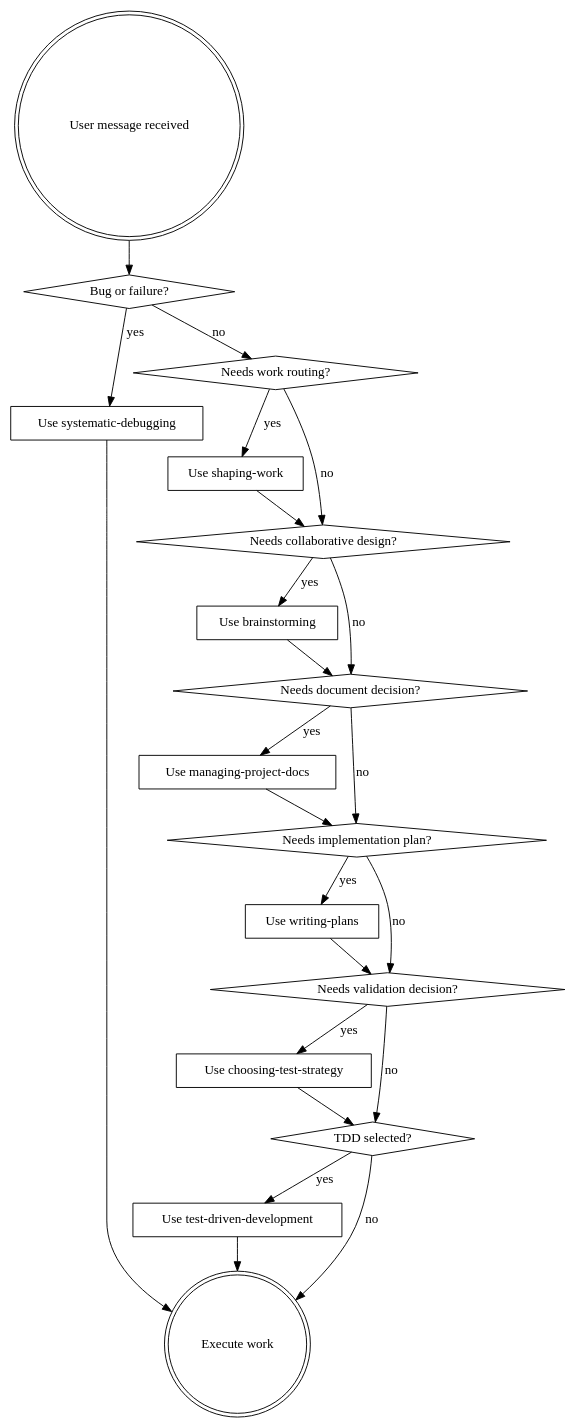
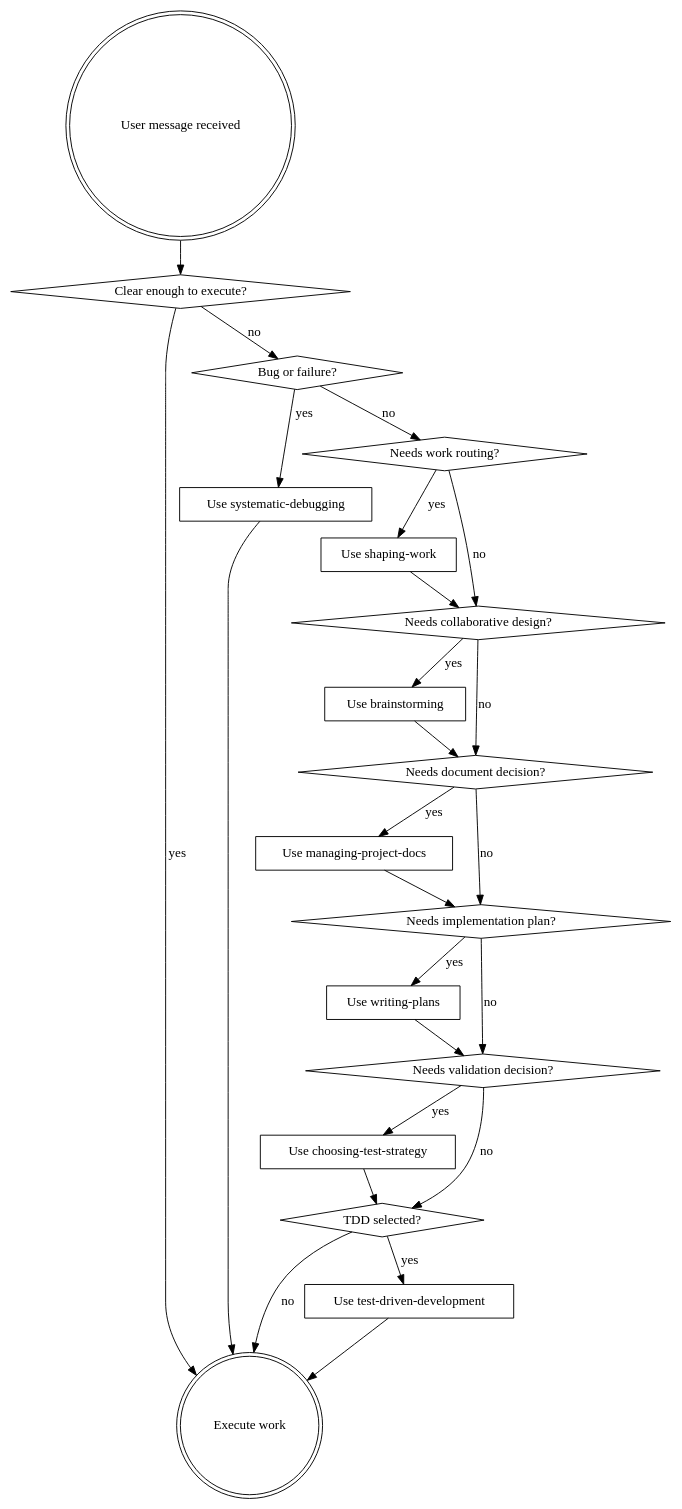
One commit to LanceAdd/RedTeaPowers changed the diagram in using-redteapowers/SKILL.md. Above: the diagram before and after it, drawn with Graphviz. The commit also changed other lines of this file and 3 other files, not shown here.

````diff
--- a/using-redteapowers/SKILL.md
+++ b/using-redteapowers/SKILL.md
@@ -36,43 +39,46 @@
 ```dot
 digraph skill_flow {
     "User message received" [shape=doublecircle];
+    "Clear enough to execute?" [shape=diamond];
+    "Execute work" [shape=doublecircle];
     "Bug or failure?" [shape=diamond];
     "Use systematic-debugging" [shape=box];
     "Needs work routing?" [shape=diamond];
     "Use shaping-work" [shape=box];
     "Needs collaborative design?" [shape=diamond];
     "Use brainstorming" [shape=box];
     "Needs document decision?" [shape=diamond];
     "Use managing-project-docs" [shape=box];
     "Needs implementation plan?" [shape=diamond];
     "Use writing-plans" [shape=box];
     "Needs validation decision?" [shape=diamond];
     "Use choosing-test-strategy" [shape=box];
     "TDD selected?" [shape=diamond];
     "Use test-driven-development" [shape=box];
-    "Execute work" [shape=doublecircle];
 
-    "User message received" -> "Bug or failure?";
+    "User message received" -> "Clear enough to execute?";
+    "Clear enough to execute?" -> "Execute work" [label="yes"];
+    "Clear enough to execute?" -> "Bug or failure?" [label="no"];
     "Bug or failure?" -> "Use systematic-debugging" [label="yes"];
     "Bug or failure?" -> "Needs work routing?" [label="no"];
     "Use systematic-debugging" -> "Execute work";
     "Needs work routing?" -> "Use shaping-work" [label="yes"];
     "Needs work routing?" -> "Needs collaborative design?" [label="no"];
     "Use shaping-work" -> "Needs collaborative design?";
     "Needs collaborative design?" -> "Use brainstorming" [label="yes"];
     "Needs collaborative design?" -> "Needs document decision?" [label="no"];
     "Use brainstorming" -> "Needs document decision?";
     "Needs document decision?" -> "Use managing-project-docs" [label="yes"];
     "Needs document decision?" -> "Needs implementation plan?" [label="no"];
     "Use managing-project-docs" -> "Needs implementation plan?";
     "Needs implementation plan?" -> "Use writing-plans" [label="yes"];
     "Needs implementation plan?" -> "Needs validation decision?" [label="no"];
     "Use writing-plans" -> "Needs validation decision?";
     "Needs validation decision?" -> "Use choosing-test-strategy" [label="yes"];
     "Needs validation decision?" -> "TDD selected?" [label="no"];
     "Use choosing-test-strategy" -> "TDD selected?";
     "TDD selected?" -> "Use test-driven-development" [label="yes"];
     "TDD selected?" -> "Execute work" [label="no"];
     "Use test-driven-development" -> "Execute work";
 }
 ```
````
